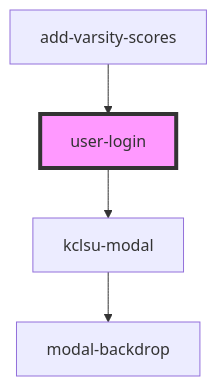
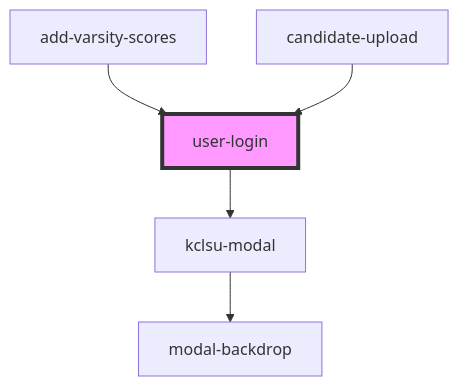
Before and after one commit to dev-kylo/component_library: the diagram in src/components/authentication/user-login/readme.md, drawn with Mermaid. The commit also changed other lines of this file and 12 other files, not shown here.

````diff
--- a/src/components/authentication/user-login/readme.md
+++ b/src/components/authentication/user-login/readme.md
@@ -26,7 +27,8 @@
 ```mermaid
 graph TD;
   user-login --> kclsu-modal
   kclsu-modal --> modal-backdrop
   add-varsity-scores --> user-login
+  candidate-upload --> user-login
   style user-login fill:#f9f,stroke:#333,stroke-width:4px
 ```
````
